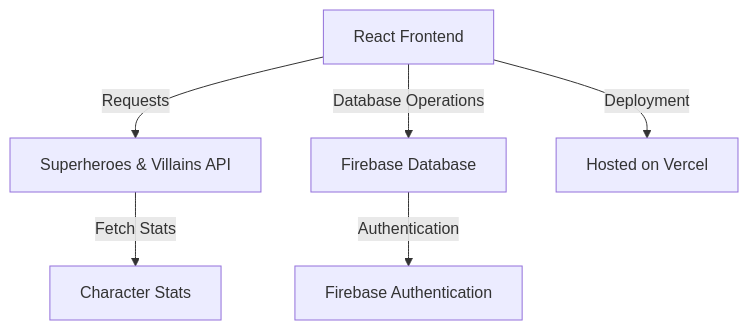
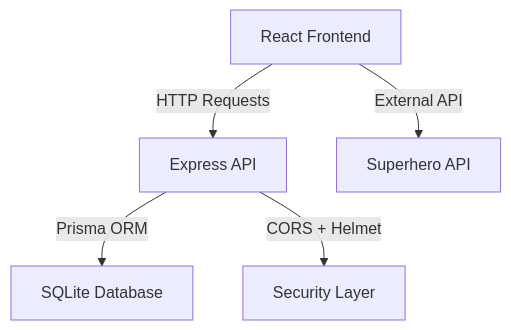
Before and after one commit to enekomb/HeroSearcher: the diagram in README.md, drawn with Mermaid. The commit also changed other lines of this file and 35 other files, not shown here.

Commit message:
Implement database migration to SQLite with Prisma and monorepo structure

````diff
--- a/README.md
+++ b/README.md
@@ -40,8 +117,7 @@
 ```mermaid
-graph TD;
-    UI[React Frontend] -->|Requests| API[Superheroes & Villains API];
-    UI -->|Database Operations| Firebase[Firebase Database];
-    Firebase -->|Authentication| Auth[Firebase Authentication];
-    API -->|Fetch Stats| Stats[Character Stats];
-    UI -->|Deployment| Vercel[Hosted on Vercel];
+graph TD
+    A[React Frontend] -->|HTTP Requests| B[Express API]
+    B -->|Prisma ORM| C[SQLite Database]
+    A -->|External API| D[Superhero API]
+    B -->|CORS + Helmet| E[Security Layer]
 ```
````
